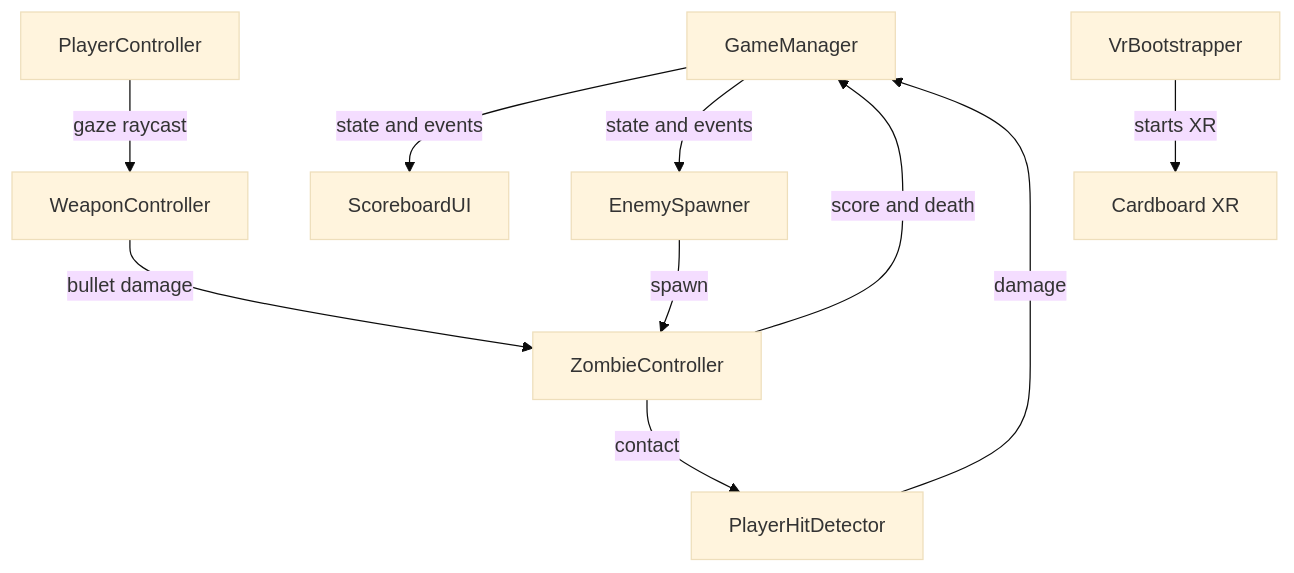
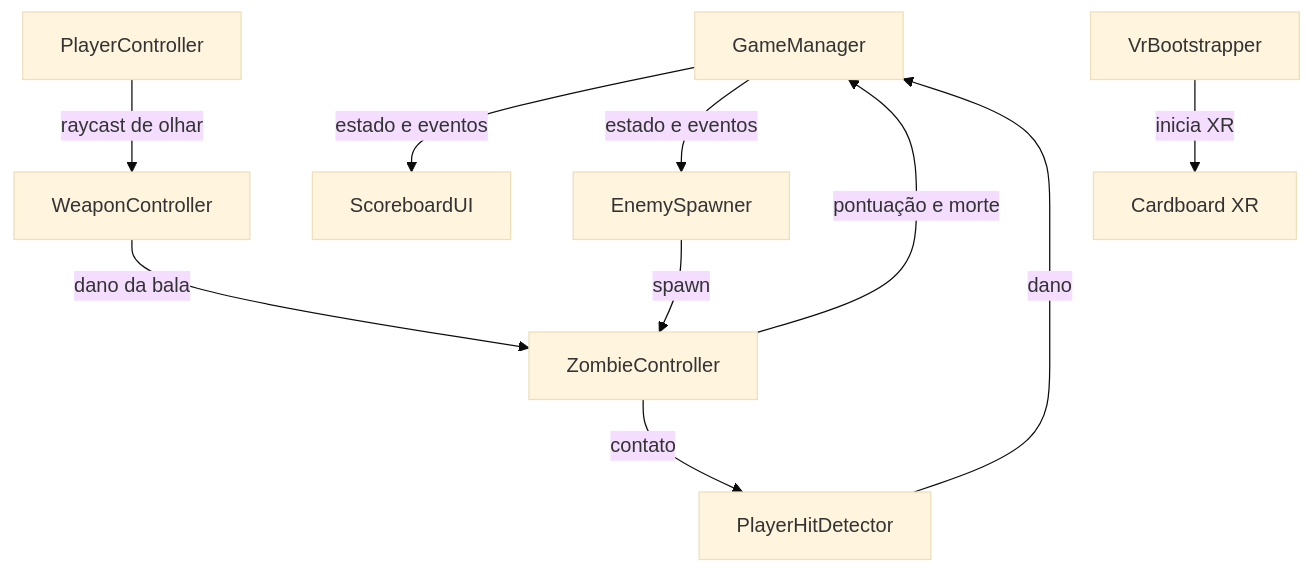
The diagram in docs/architecture.md (brunomouramathias/zombie-vr-shooter), drawn with Mermaid (base theme) before and after one commit. The commit also changed other lines of this file and 4 other files, not shown here.

````diff
--- a/docs/architecture.md
+++ b/docs/architecture.md
@@ -9,12 +9,12 @@
 ```mermaid
 flowchart TD
-    GM[GameManager] -->|state and events| UI[ScoreboardUI]
-    GM -->|state and events| SP[EnemySpawner]
-    PC[PlayerController] -->|gaze raycast| WC[WeaponController]
-    WC -->|bullet damage| ZC[ZombieController]
-    ZC -->|score and death| GM
+    GM[GameManager] -->|estado e eventos| UI[ScoreboardUI]
+    GM -->|estado e eventos| SP[EnemySpawner]
+    PC[PlayerController] -->|raycast de olhar| WC[WeaponController]
+    WC -->|dano da bala| ZC[ZombieController]
+    ZC -->|pontuação e morte| GM
     SP -->|spawn| ZC
-    ZC -->|contact| PD[PlayerHitDetector]
-    PD -->|damage| GM
-    VB[VrBootstrapper] -->|starts XR| XR[Cardboard XR]
+    ZC -->|contato| PD[PlayerHitDetector]
+    PD -->|dano| GM
+    VB[VrBootstrapper] -->|inicia XR| XR[Cardboard XR]
 ```
````
